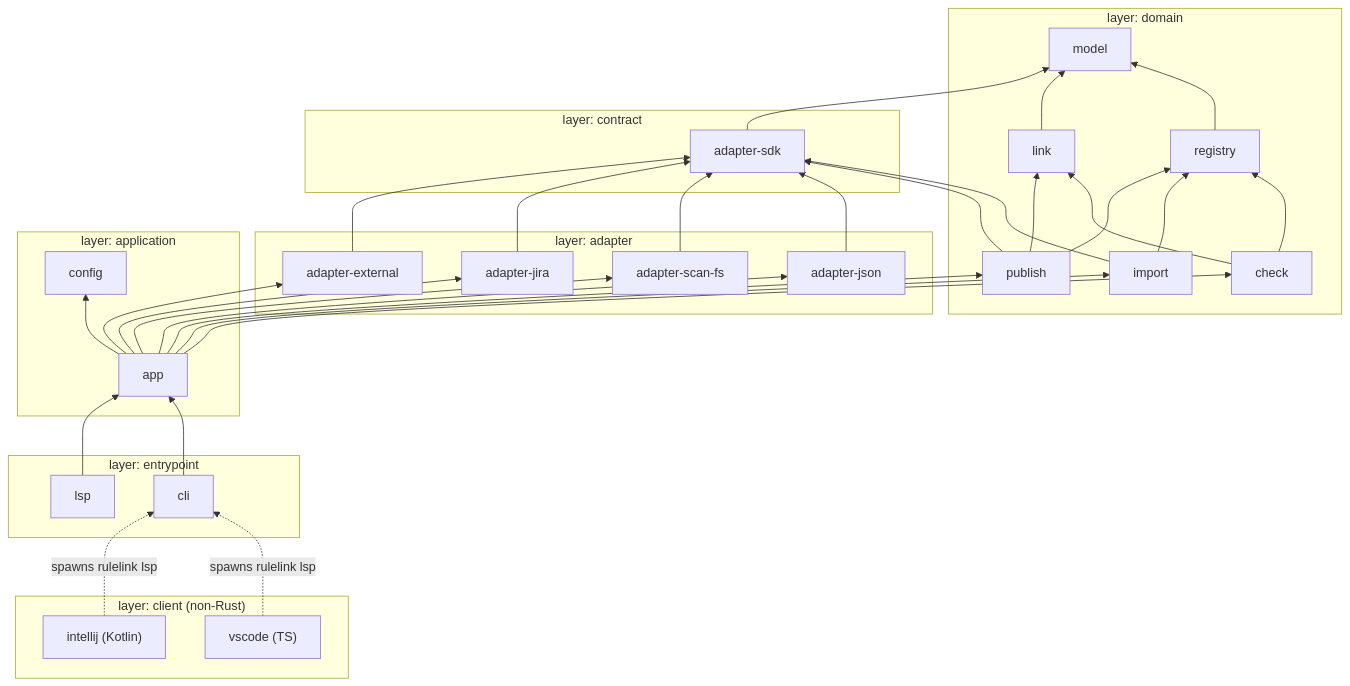
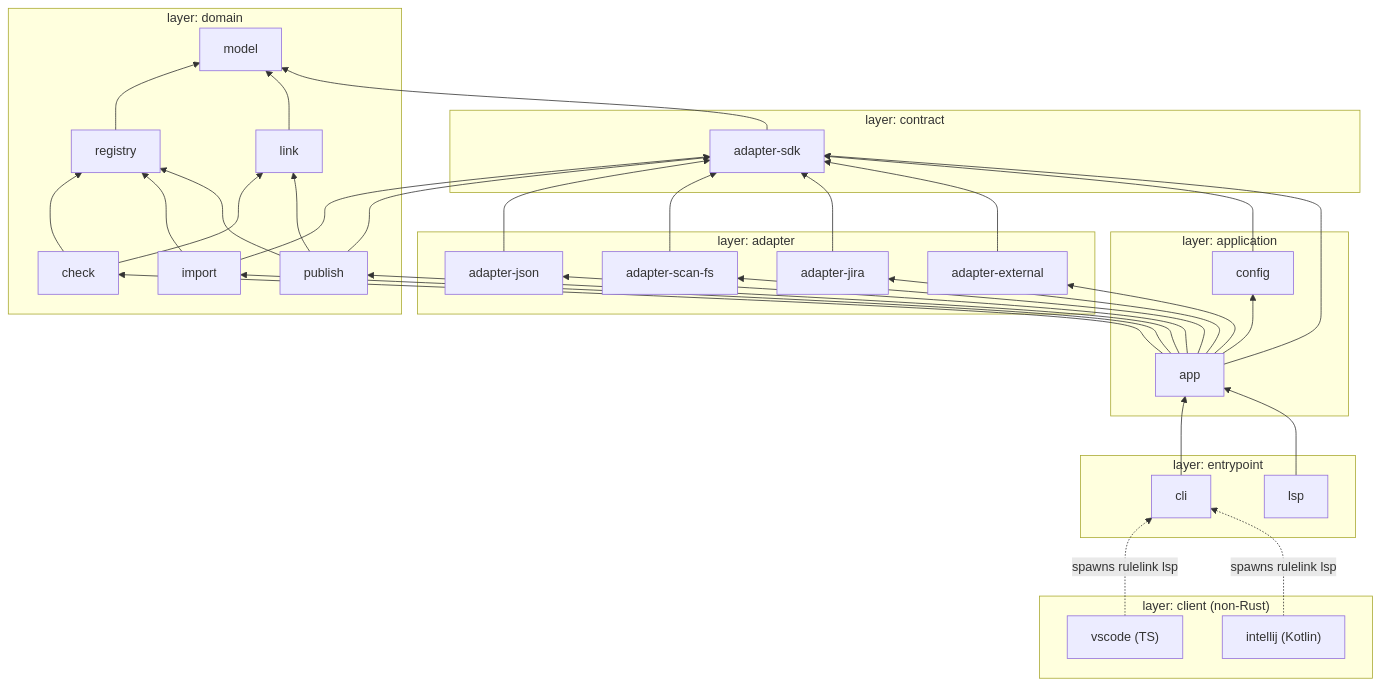
Before and after one commit to E-Jacques/Rulelink: the first of 2 diagrams in docs/repository/01-repository-structure.md, drawn with Mermaid. The commit also changed 51 other files, not shown here.

````diff
--- a/docs/repository/01-repository-structure.md
+++ b/docs/repository/01-repository-structure.md
@@ -137,45 +137,46 @@
 ```mermaid
 flowchart BT
     subgraph DOMAIN["layer: domain"]
         model["model"]
         registry["registry"]
         link["link"]
         check["check"]
         import["import"]
         publish["publish"]
     end
     subgraph CONTRACT["layer: contract"]
         sdk["adapter-sdk"]
     end
     subgraph ADAPTERS["layer: adapter"]
         ajson["adapter-json"]
         ascan["adapter-scan-fs"]
         ajira["adapter-jira"]
         aext["adapter-external"]
     end
     subgraph APPL["layer: application"]
         config["config"]
         app["app"]
     end
     subgraph ENTRY["layer: entrypoint"]
         cli["cli"]
         lsp["lsp"]
     end
     subgraph EXT["layer: client (non-Rust)"]
         vscode["vscode (TS)"]
         intellij["intellij (Kotlin)"]
     end
 
     registry --> model
     link --> model
     check --> registry & link
     import --> registry & sdk
     publish --> registry & link & sdk
     sdk --> model
     ajson & ascan & ajira & aext --> sdk
-    app --> check & import & publish & config
+    config --> sdk
+    app --> check & import & publish & config & sdk
     app --> ajson & ascan & ajira & aext
     cli & lsp --> app
     vscode -.->|"spawns rulelink lsp"| cli
     intellij -.->|"spawns rulelink lsp"| cli
 ```
````
